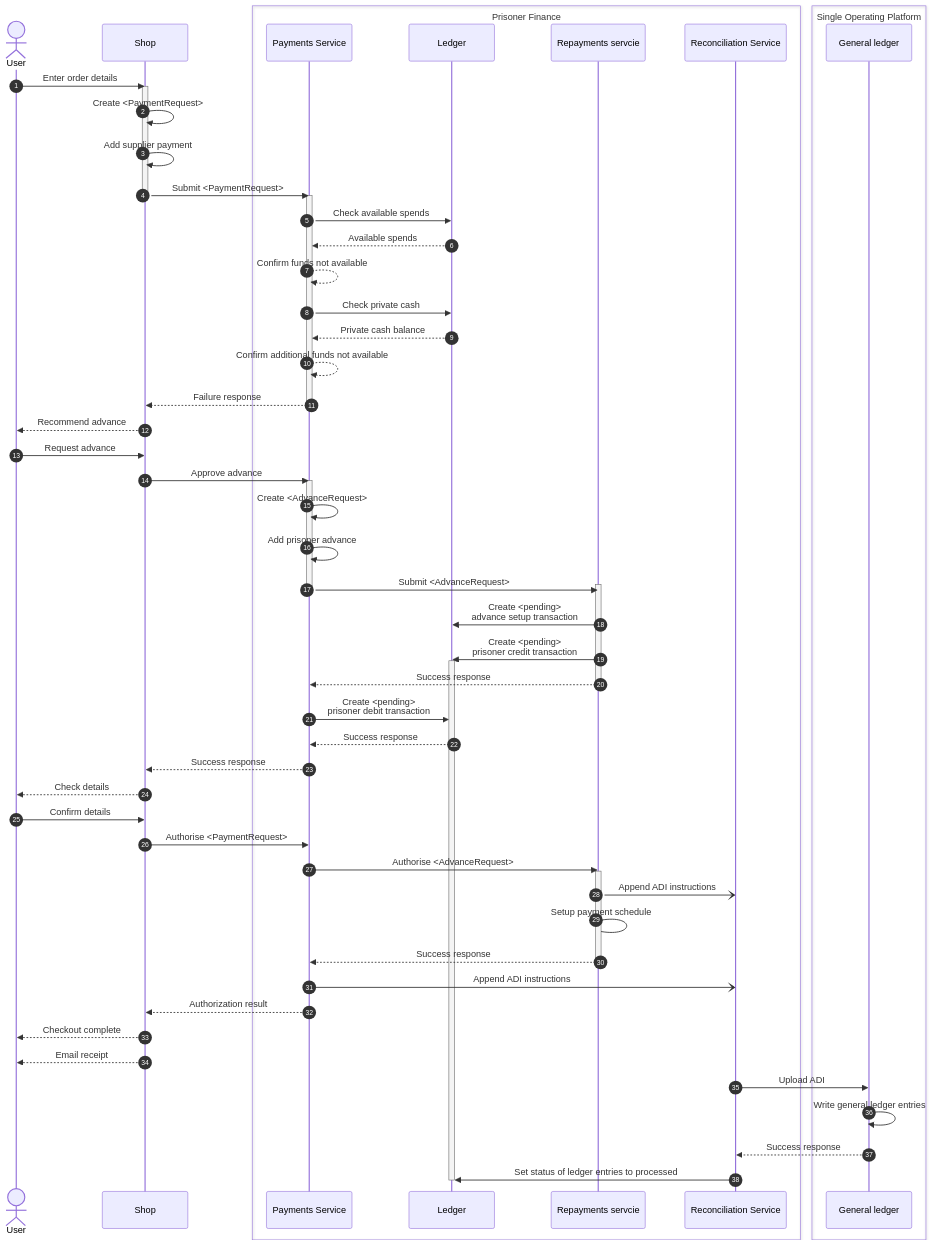
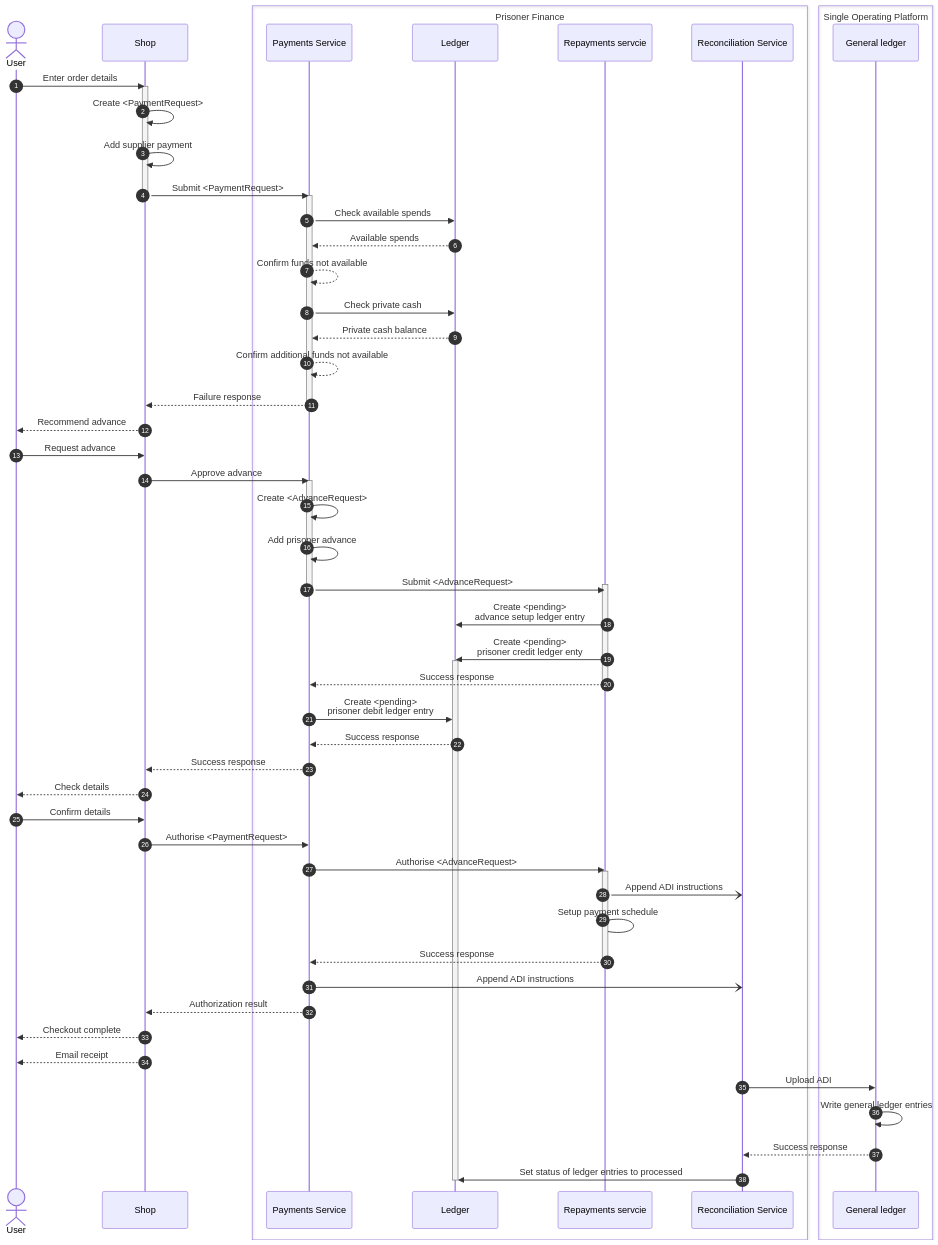
Before and after one commit to ministryofjustice/hmpps-prisoner-finance-poc-api: the fourth of 8 diagrams in docs/processes-purchasing.md, drawn with Mermaid. The commit also changed other lines of this file, not shown here.

Commit message:
Add examples of API POST request schemas for creating a paymentRequest

````diff
--- a/docs/processes-purchasing.md
+++ b/docs/processes-purchasing.md
@@ -159,68 +225,68 @@
 ```mermaid
 sequenceDiagram
   actor USER as User
   participant SHOP as Shop
   box Prisoner Finance
   participant API as Payments Service
   participant LEDGER as Ledger
   participant REPAY as Repayments servcie
   participant ADI as Reconciliation Service
   end
   box Single Operating Platform
   participant SOP as General ledger
   end
 
   autonumber
 
   USER ->> SHOP: Enter order details
   activate SHOP
   SHOP ->> SHOP: Create <PaymentRequest>
   SHOP ->> SHOP: Add supplier payment
   SHOP ->> API: Submit <PaymentRequest>
   deactivate SHOP
   activate API
   API ->> LEDGER: Check available spends
   LEDGER -->> API: Available spends
   API -->> API: Confirm funds not available
   API ->> LEDGER: Check private cash
   LEDGER -->> API: Private cash balance
   API -->> API: Confirm additional funds not available
   API -->> SHOP: Failure response
   deactivate API
   SHOP -->> USER: Recommend advance
   USER ->> SHOP: Request advance
   SHOP ->> API: Approve advance
   activate API
   API ->> API: Create <AdvanceRequest>
   API ->> API: Add prisoner advance
   API ->> REPAY: Submit <AdvanceRequest>
   activate REPAY
   deactivate API
-  REPAY ->> LEDGER: Create <pending><br/>advance setup transaction
-  REPAY ->> LEDGER: Create <pending><br/>prisoner credit transaction
+  REPAY ->> LEDGER: Create <pending><br/>advance setup ledger entry
+  REPAY ->> LEDGER: Create <pending><br/>prisoner credit ledger enty
   activate LEDGER
   REPAY -->> API: Success response
   deactivate REPAY
-  API ->> LEDGER: Create <pending><br/>prisoner debit transaction
+  API ->> LEDGER: Create <pending><br/>prisoner debit ledger entry
   LEDGER -->> API: Success response
   API -->> SHOP: Success response
   SHOP -->> USER: Check details
   USER ->> SHOP: Confirm details
   SHOP ->> API: Authorise <PaymentRequest>
   API ->> REPAY: Authorise <AdvanceRequest>
   activate REPAY
   REPAY -) ADI: Append ADI instructions
   REPAY -> REPAY: Setup payment schedule
   REPAY -->> API: Success response
   deactivate REPAY
   API -) ADI: Append ADI instructions
   API -->> SHOP: Authorization result
   SHOP -->> USER: Checkout complete
   SHOP -->> USER: Email receipt
   ADI ->> SOP: Upload ADI
   SOP ->> SOP: Write general ledger entries
   SOP -->> ADI: Success response
   ADI ->> LEDGER: Set status of ledger entries to processed
   deactivate LEDGER
 
 ```
````
